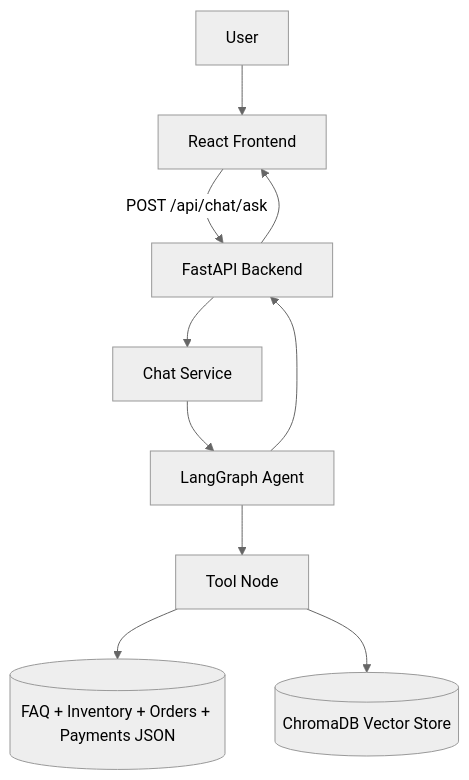
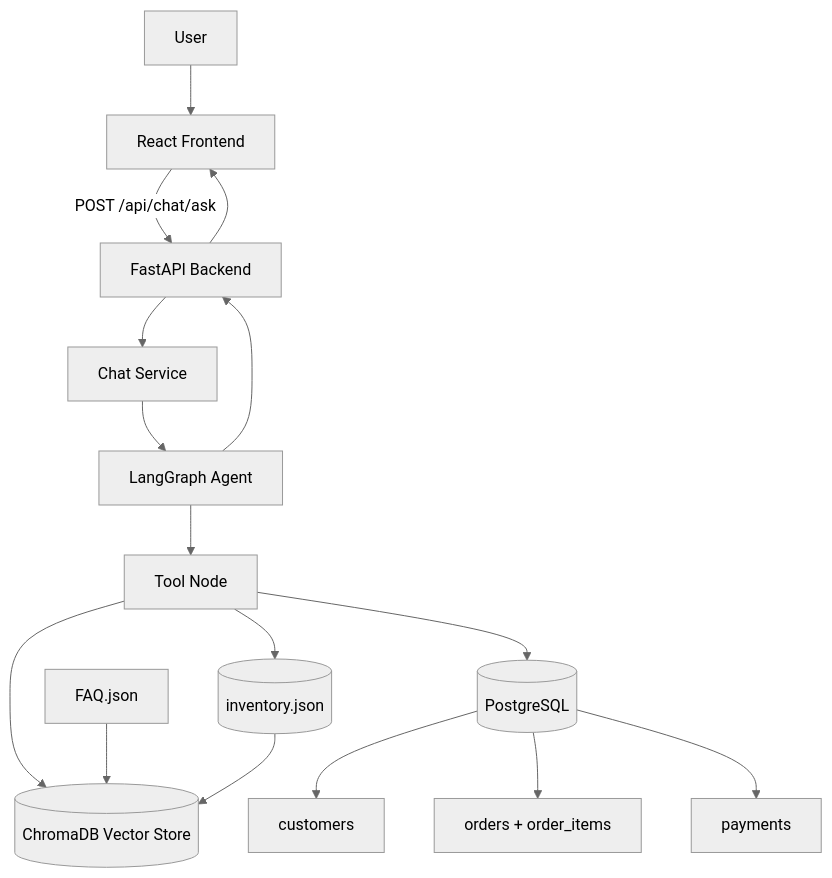
One commit to Salah-Trabelsi/Chocolate-Customer-Support-Chatbot changed the diagram in README.md. Above: the diagram before and after it, drawn with Mermaid (neutral theme). The commit also changed other lines of this file and 17 other files, not shown here.

Commit message:
migrate json data to PostgreSQL

````diff
--- a/README.md
+++ b/README.md
@@ -30,12 +37,22 @@
 ```mermaid
 flowchart TD
     U[User] --> FE[React Frontend]
     FE -->|POST /api/chat/ask| BE[FastAPI Backend]
     BE --> CS[Chat Service]
     CS --> LG[LangGraph Agent]
     LG --> TN[Tool Node]
-    TN --> D1[(FAQ + Inventory + Orders + Payments JSON)]
+
     TN --> VS[(ChromaDB Vector Store)]
+    TN --> INV[(inventory.json)]
+    TN --> PG[(PostgreSQL)]
+
+    FAQ[FAQ.json] --> VS
+    INV --> VS
+
+    PG --> CUST[customers]
+    PG --> ORD[orders + order_items]
+    PG --> PAY[payments]
+
     LG --> BE
     BE --> FE
 ```
````
